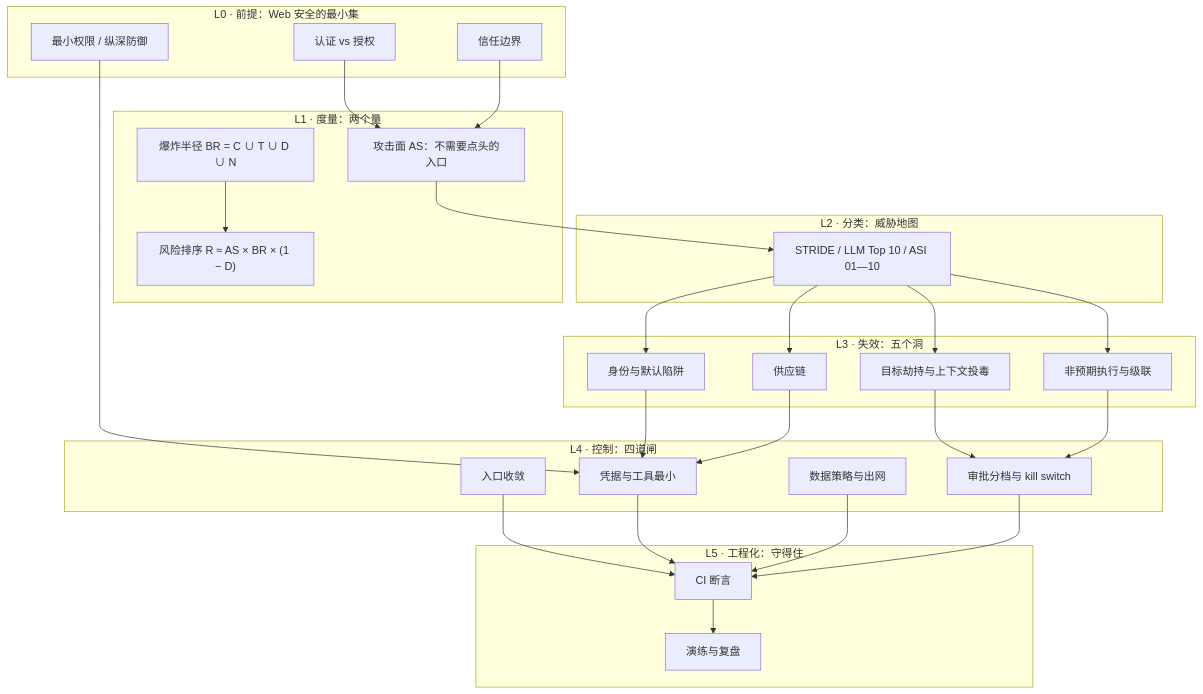
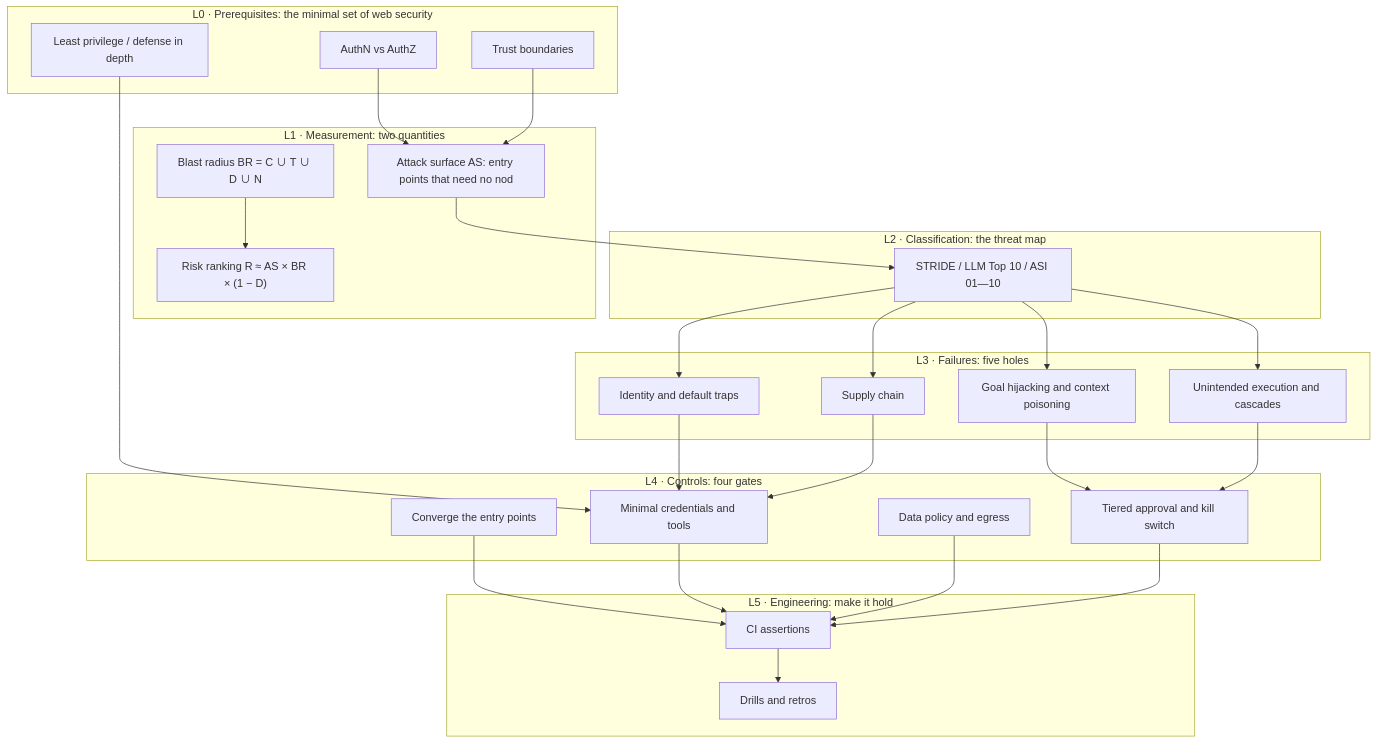
Before and after one commit to xzlxiao/vibe-coding-textbook: the diagram in phase4/README.md, drawn with Mermaid. The commit also changed other lines of this file and 10 other files, not shown here.

````diff
--- a/phase4/README.md
+++ b/phase4/README.md
@@ -59,50 +59,50 @@
 ```mermaid
 flowchart TD
-    subgraph L0["L0 · 前提：Web 安全的最小集"]
-        A1["认证 vs 授权"]
-        A2["信任边界"]
-        A3["最小权限 / 纵深防御"]
+    subgraph L0["L0 · Prerequisites: the minimal set of web security"]
+        A1["AuthN vs AuthZ"]
+        A2["Trust boundaries"]
+        A3["Least privilege / defense in depth"]
     end
-    subgraph L1["L1 · 度量：两个量"]
-        B1["攻击面 AS：不需要点头的入口"]
-        B2["爆炸半径 BR = C ∪ T ∪ D ∪ N"]
-        B3["风险排序 R ≈ AS × BR × (1 − D)"]
+    subgraph L1["L1 · Measurement: two quantities"]
+        B1["Attack surface AS: entry points that need no nod"]
+        B2["Blast radius BR = C ∪ T ∪ D ∪ N"]
+        B3["Risk ranking R ≈ AS × BR × (1 − D)"]
     end
-    subgraph L2["L2 · 分类：威胁地图"]
+    subgraph L2["L2 · Classification: the threat map"]
         C1["STRIDE / LLM Top 10 / ASI 01—10"]
     end
-    subgraph L3["L3 · 失效：五个洞"]
-        D1["目标劫持与上下文投毒"]
-        D2["身份与默认陷阱"]
-        D3["供应链"]
-        D4["非预期执行与级联"]
+    subgraph L3["L3 · Failures: five holes"]
+        D1["Goal hijacking and context poisoning"]
+        D2["Identity and default traps"]
+        D3["Supply chain"]
+        D4["Unintended execution and cascades"]
     end
-    subgraph L4["L4 · 控制：四道闸"]
-        E1["入口收敛"]
-        E2["凭据与工具最小"]
-        E3["数据策略与出网"]
-        E4["审批分档与 kill switch"]
+    subgraph L4["L4 · Controls: four gates"]
+        E1["Converge the entry points"]
+        E2["Minimal credentials and tools"]
+        E3["Data policy and egress"]
+        E4["Tiered approval and kill switch"]
     end
-    subgraph L5["L5 · 工程化：守得住"]
-        F1["CI 断言"]
-        F2["演练与复盘"]
+    subgraph L5["L5 · Engineering: make it hold"]
+        F1["CI assertions"]
+        F2["Drills and retros"]
     end
     A1 --> B1
     A2 --> B1
     A3 --> E2
     B1 --> C1
     B2 --> B3
     C1 --> D1
     C1 --> D2
     C1 --> D3
     C1 --> D4
     D1 --> E4
     D2 --> E2
     D3 --> E2
     D4 --> E4
     E1 --> F1
     E2 --> F1
     E3 --> F1
     E4 --> F1
     F1 --> F2
 ```
````
